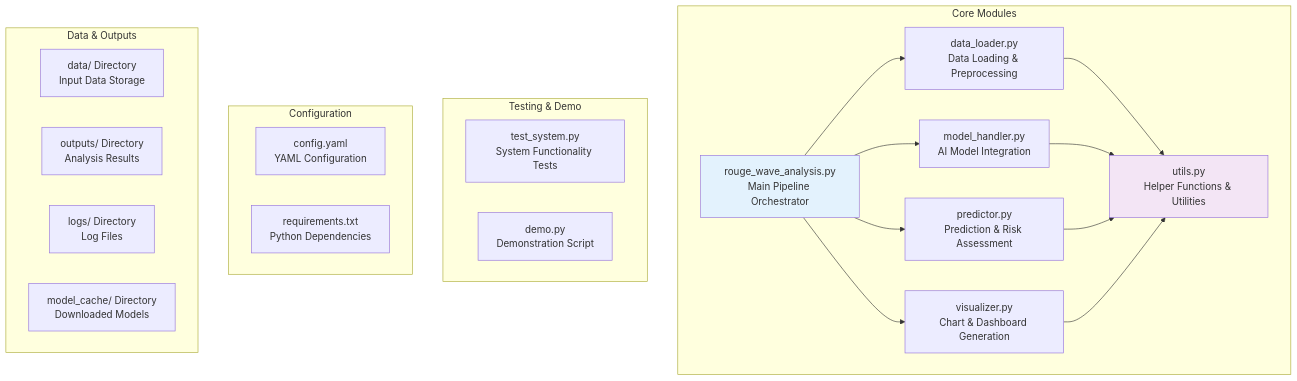
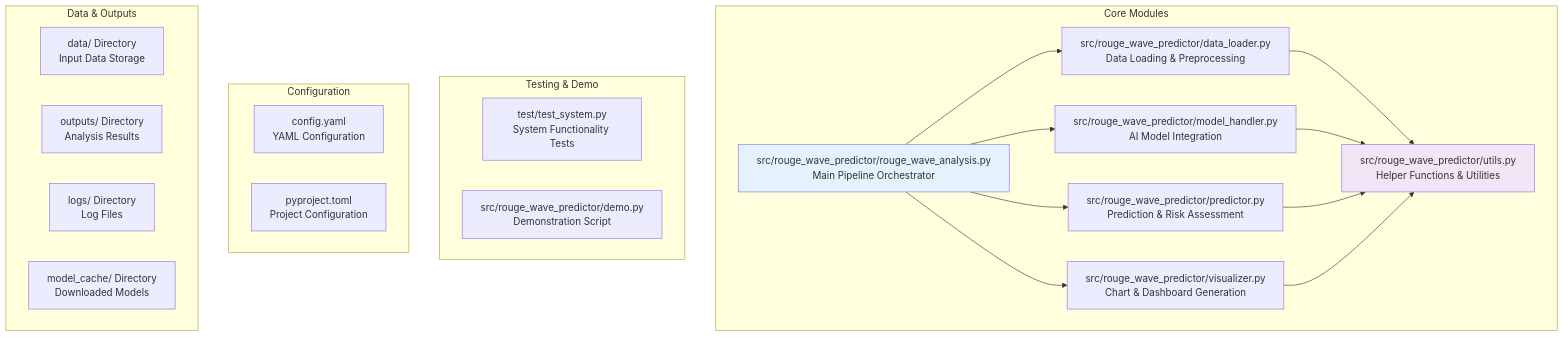
The fourth of 9 diagrams in README.md (Fedele-AI/RoguePredictor), drawn with Mermaid before and after one commit. The commit also changed other lines of this file and 23 other files, not shown here.

````diff
--- a/README.md
+++ b/README.md
@@ -153,40 +150,40 @@
 ```mermaid
 graph TB
     subgraph "Core Modules"
-        A[rouge_wave_analysis.py<br/>Main Pipeline Orchestrator]
-        B[data_loader.py<br/>Data Loading & Preprocessing]
-        C[model_handler.py<br/>AI Model Integration]
-        D[predictor.py<br/>Prediction & Risk Assessment]
-        E[visualizer.py<br/>Chart & Dashboard Generation]
-        F[utils.py<br/>Helper Functions & Utilities]
+        A[src/rouge_wave_predictor/rouge_wave_analysis.py<br/>Main Pipeline Orchestrator]
+        B[src/rouge_wave_predictor/data_loader.py<br/>Data Loading & Preprocessing]
+        C[src/rouge_wave_predictor/model_handler.py<br/>AI Model Integration]
+        D[src/rouge_wave_predictor/predictor.py<br/>Prediction & Risk Assessment]
+        E[src/rouge_wave_predictor/visualizer.py<br/>Chart & Dashboard Generation]
+        F[src/rouge_wave_predictor/utils.py<br/>Helper Functions & Utilities]
     end
     
     subgraph "Testing & Demo"
-        G[test_system.py<br/>System Functionality Tests]
-        H[demo.py<br/>Demonstration Script]
+        G[test/test_system.py<br/>System Functionality Tests]
+        H[src/rouge_wave_predictor/demo.py<br/>Demonstration Script]
     end
     
     subgraph "Configuration"
         I[config.yaml<br/>YAML Configuration]
-        J[requirements.txt<br/>Python Dependencies]
+        J[pyproject.toml<br/>Project Configuration]
     end
     
     subgraph "Data & Outputs"
         K[data/ Directory<br/>Input Data Storage]
         L[outputs/ Directory<br/>Analysis Results]
         M[logs/ Directory<br/>Log Files]
         N[model_cache/ Directory<br/>Downloaded Models]
     end
     
     A --> B
     A --> C
     A --> D
     A --> E
     B --> F
     C --> F
     D --> F
     E --> F
     
     style A fill:#e3f2fd
     style F fill:#f3e5f5
 ```
````
